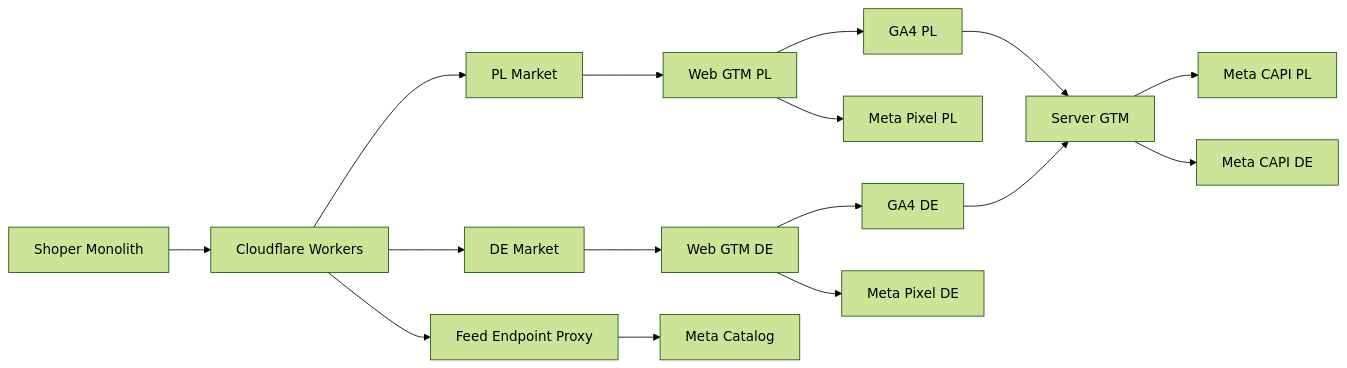
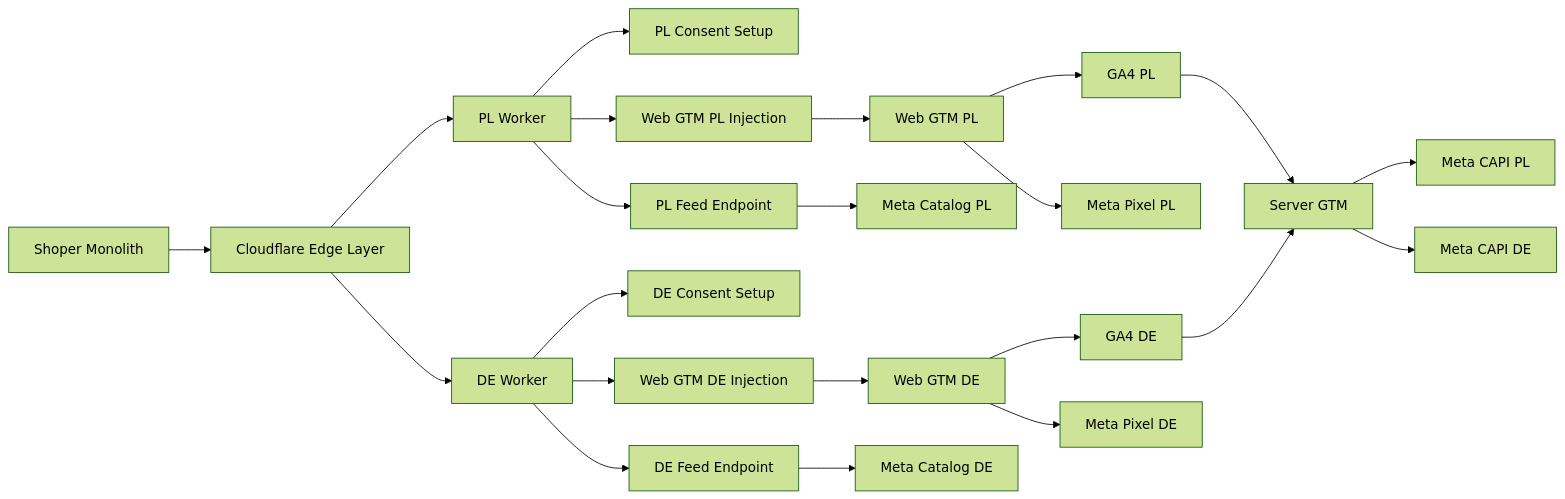
One commit to nikkitb/shoper-multi-market-tracking-architecture changed the first of 2 diagrams in README.md. Above: the diagram before and after it, drawn with Mermaid (forest theme). The commit also changed other lines of this file, not shown here.

First line of the commit message:
Clarify Cloudflare market separation layer

````diff
--- a/README.md
+++ b/README.md
@@ -28,26 +28,35 @@
 ```mermaid
 flowchart LR
 
-A[Shoper Monolith] --> B[Cloudflare Workers]
+A[Shoper Monolith] --> B[Cloudflare Edge Layer]
 
-B --> C[PL Market]
-B --> D[DE Market]
+B --> C[PL Worker]
+B --> D[DE Worker]
 
-C --> E[Web GTM PL]
-D --> F[Web GTM DE]
+C --> E[PL Consent Setup]
+D --> F[DE Consent Setup]
 
-E --> G[GA4 PL]
-F --> H[GA4 DE]
+C --> G[Web GTM PL Injection]
+D --> H[Web GTM DE Injection]
 
-E --> I[Meta Pixel PL]
-F --> J[Meta Pixel DE]
+C --> I[PL Feed Endpoint]
+D --> J[DE Feed Endpoint]
 
-G --> K[Server GTM]
-H --> K
+G --> K[Web GTM PL]
+H --> L[Web GTM DE]
 
-K --> L[Meta CAPI PL]
-K --> M[Meta CAPI DE]
+K --> M[GA4 PL]
+L --> N[GA4 DE]
 
-B --> N[Feed Endpoint Proxy]
-N --> O[Meta Catalog]
+K --> O[Meta Pixel PL]
+L --> P[Meta Pixel DE]
+
+M --> Q[Server GTM]
+N --> Q
+
+Q --> R[Meta CAPI PL]
+Q --> S[Meta CAPI DE]
+
+I --> T[Meta Catalog PL]
+J --> U[Meta Catalog DE]
 ```
````
